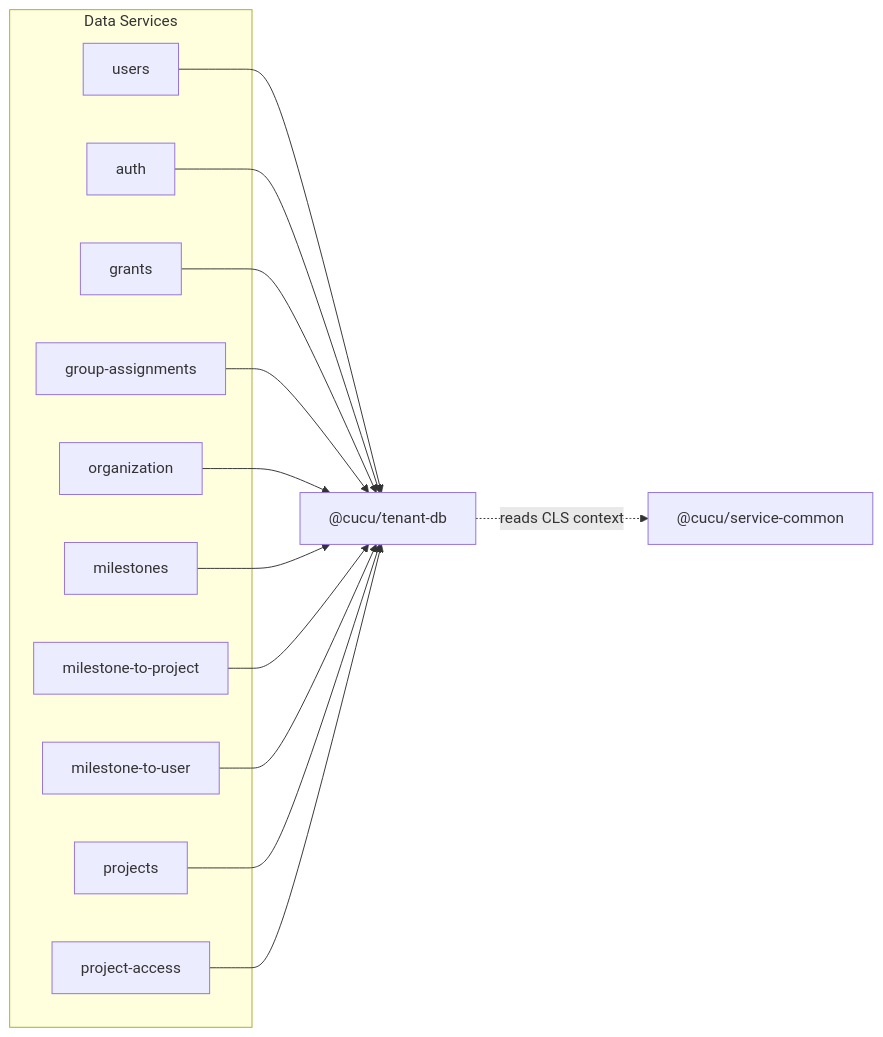
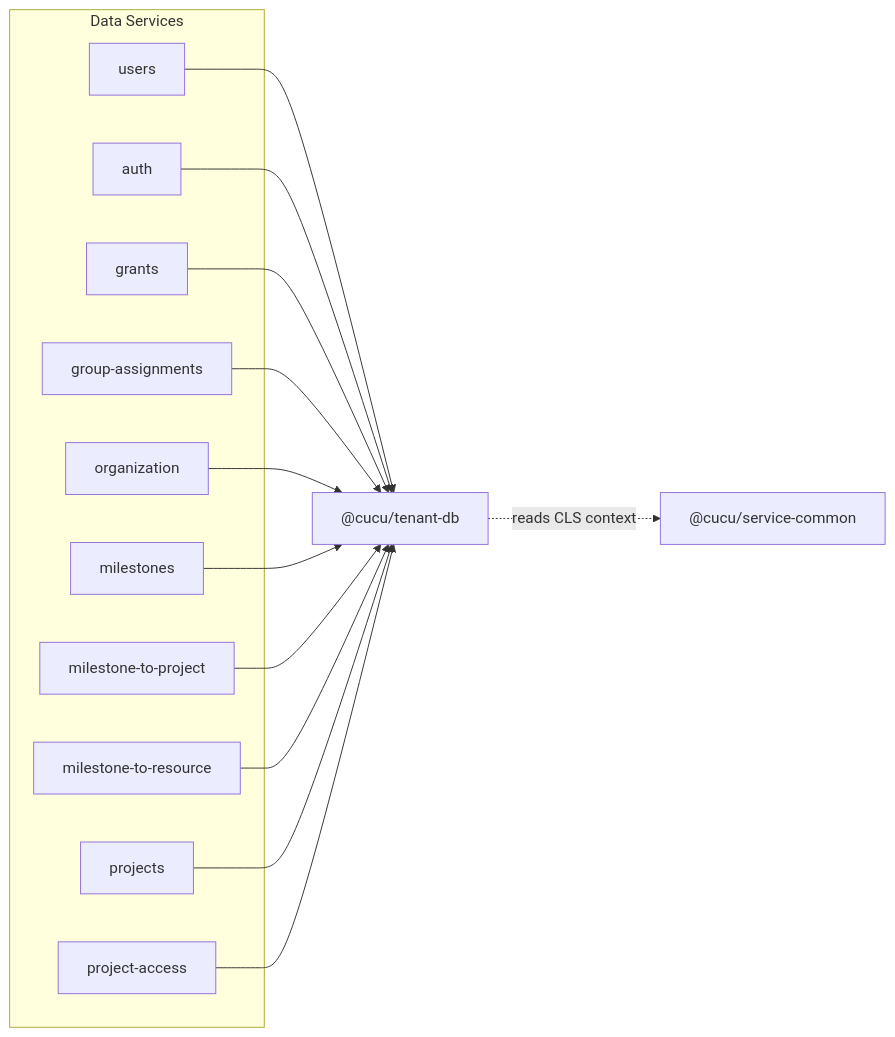
Before and after one commit to CucuProject/cucu-docs: the fourth of 4 diagrams in docs/shared/tenant-db.md, drawn with Mermaid. The commit also changed other lines of this file and 31 other files, not shown here.

````diff
--- a/docs/shared/tenant-db.md
+++ b/docs/shared/tenant-db.md
@@ -350,31 +350,31 @@
 ```mermaid
 graph LR
     TDB["@cucu/tenant-db"]
     SC["@cucu/service-common"]
 
     TDB -.->|"reads CLS context"| SC
 
     subgraph "Data Services"
         Users["users"]
         Auth["auth"]
         Grants["grants"]
         GA["group-assignments"]
         Org["organization"]
         MS["milestones"]
         M2P["milestone-to-project"]
-        M2U["milestone-to-user"]
+        MTR["milestone-to-resource"]
         Proj["projects"]
         PA["project-access"]
     end
 
     Users --> TDB
     Auth --> TDB
     Grants --> TDB
     GA --> TDB
     Org --> TDB
     MS --> TDB
     M2P --> TDB
-    M2U --> TDB
+    MTR --> TDB
     Proj --> TDB
     PA --> TDB
 ```
````
